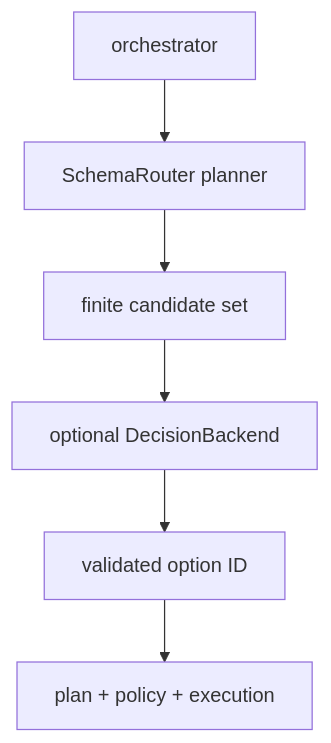
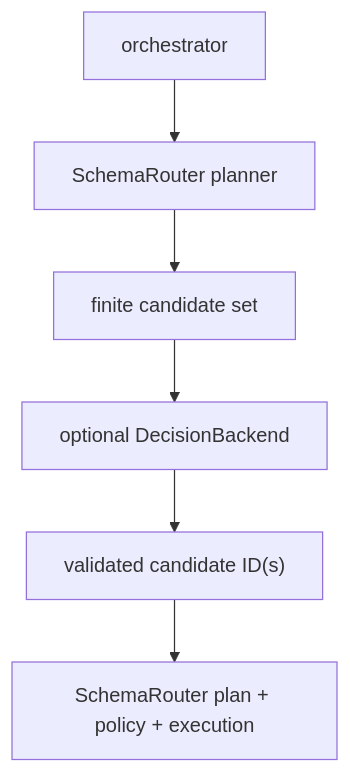
Before and after one commit to JDeun/SchemaRouter: the diagram in docs_ko/concepts/decision-backends.md, drawn with Mermaid. The commit also changed other lines of this file, not shown here.

````diff
--- a/docs_ko/concepts/decision-backends.md
+++ b/docs_ko/concepts/decision-backends.md
@@ -5,8 +12,8 @@
 ```mermaid
 flowchart TD
- O["orchestrator"] --> P["SchemaRouter planner"]
- P --> C["finite candidate set"]
- C --> D["optional DecisionBackend"]
- D --> V["validated option ID"]
- V --> E["plan + policy + execution"]
+    O["orchestrator"] --> P["SchemaRouter planner"]
+    P --> C["finite candidate set"]
+    C --> DB["optional DecisionBackend"]
+    DB --> V["validated candidate ID(s)"]
+    V --> E["SchemaRouter plan + policy + execution"]
 ```
````
